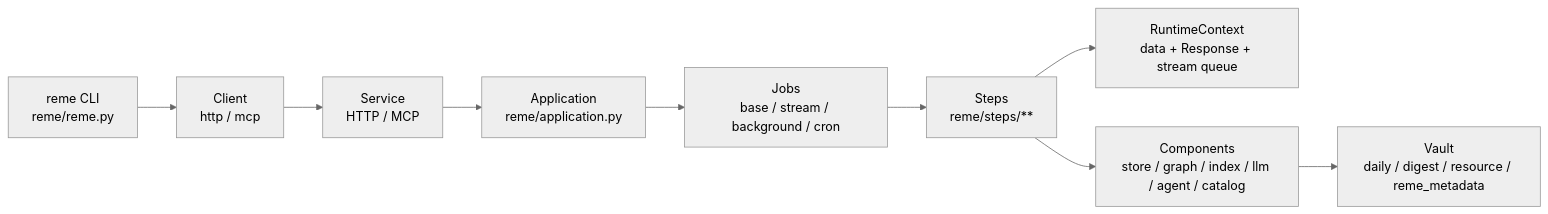
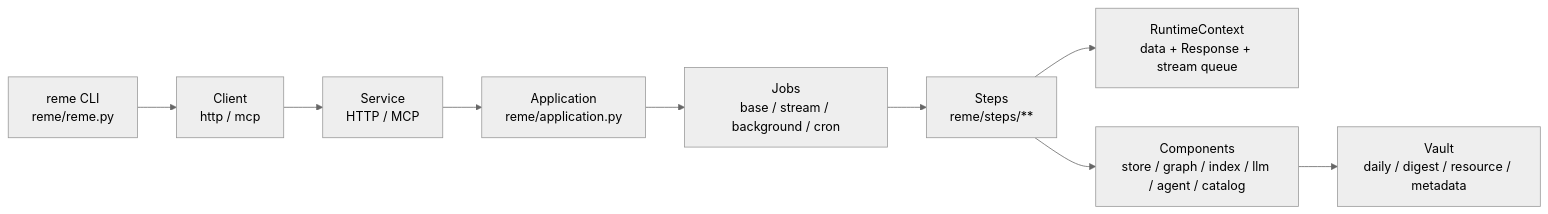
The first of 13 diagrams in docs/zh/framework.md (agentscope-ai/ReMe), drawn with Mermaid (neutral theme) before and after one commit. The commit also changed other lines of this file and 13 other files, not shown here.

First line of the commit message:
refactor(vault): rename metadata and session directories for consistency

````diff
--- a/docs/zh/framework.md
+++ b/docs/zh/framework.md
@@ -16,11 +16,11 @@
 ```mermaid
 flowchart LR
     CLI["reme CLI<br/>reme/reme.py"] --> Client["Client<br/>http / mcp"]
     Client --> Service["Service<br/>HTTP / MCP"]
     Service --> App["Application<br/>reme/application.py"]
     App --> Jobs["Jobs<br/>base / stream / background / cron"]
     Jobs --> Steps["Steps<br/>reme/steps/**"]
     Steps --> Ctx["RuntimeContext<br/>data + Response + stream queue"]
     Steps --> Components["Components<br/>store / graph / index / llm / agent / catalog"]
-    Components --> Vault["Vault<br/>daily / digest / resource / reme_metadata"]
+    Components --> Vault["Vault<br/>daily / digest / resource / metadata"]
 ```
````
